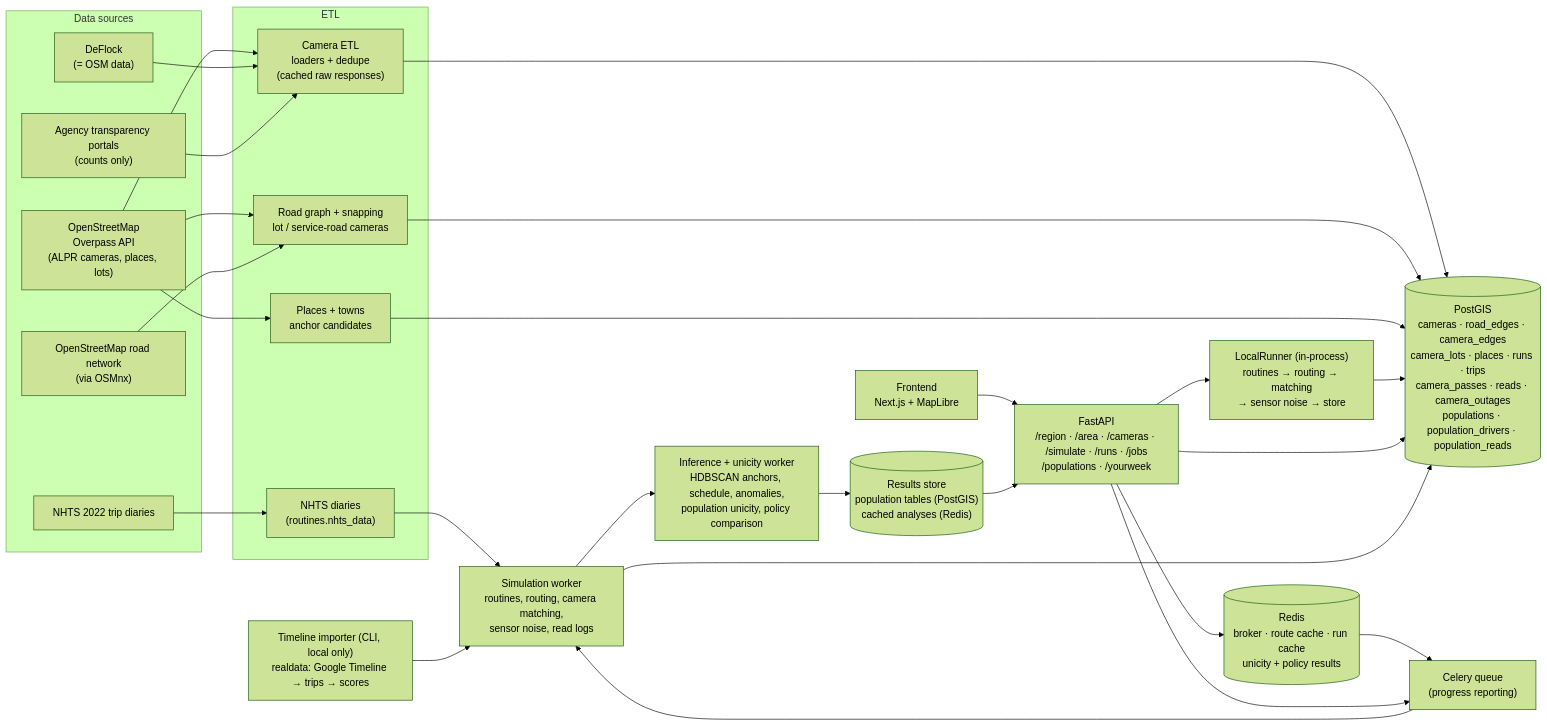
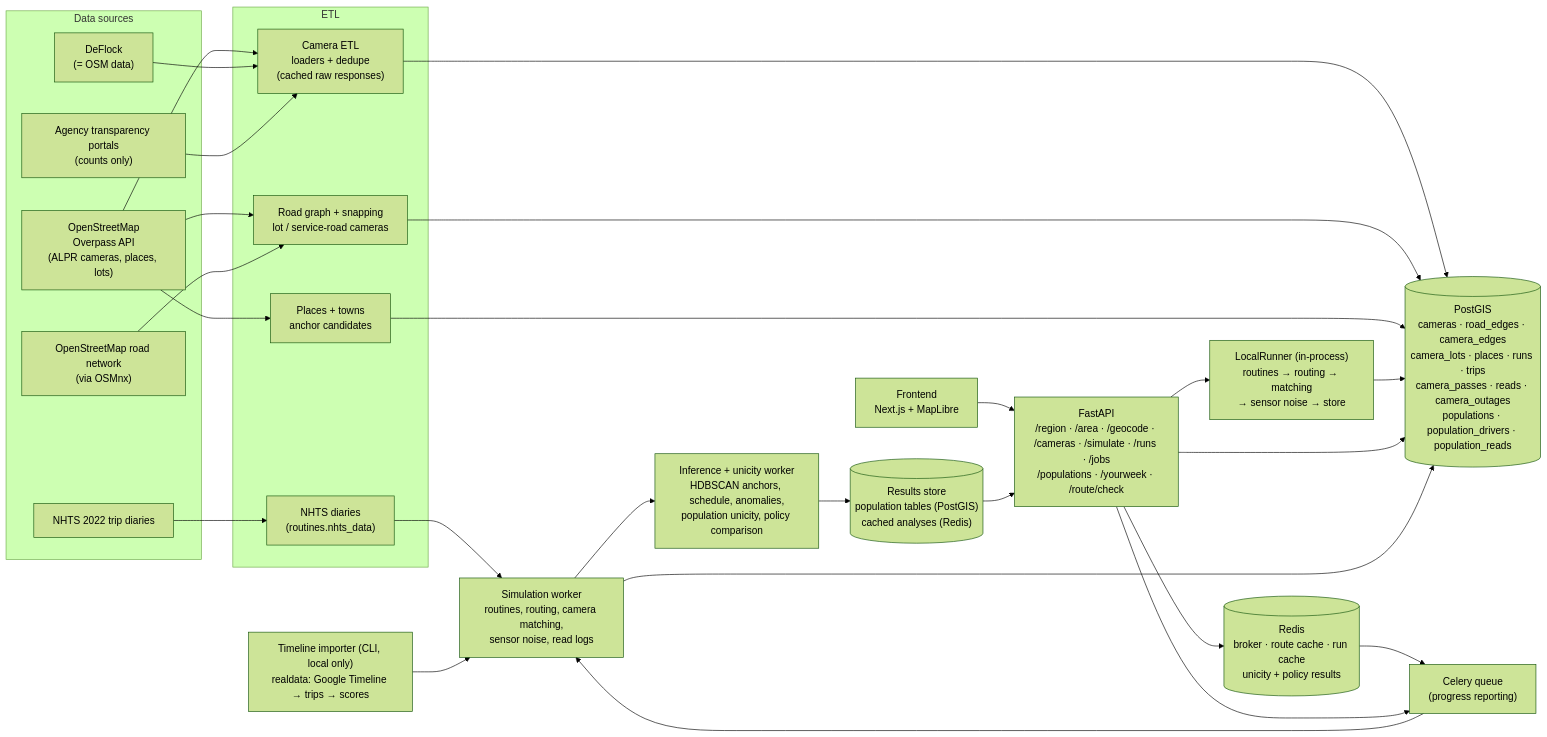
The diagram in docs/architecture.md (RyanPurakal/plate-trail), drawn with Mermaid (forest theme) before and after one commit. The commit also changed other lines of this file and 21 other files, not shown here.

````diff
--- a/docs/architecture.md
+++ b/docs/architecture.md
@@ -7,59 +7,59 @@
 ```mermaid
 flowchart LR
     %% ---------- sources ----------
     subgraph sources["Data sources"]
         OSM["OpenStreetMap<br/>Overpass API<br/>(ALPR cameras, places, lots)"]
         OSMNX["OpenStreetMap road network<br/>(via OSMnx)"]
         DEFLOCK["DeFlock<br/>(= OSM data)"]
         AGENCY["Agency transparency portals<br/>(counts only)"]
         NHTS["NHTS 2022 trip diaries"]
     end
 
     %% ---------- ETL ----------
     subgraph etl["ETL"]
         CAMETL["Camera ETL<br/>loaders + dedupe<br/>(cached raw responses)"]
         ROADS["Road graph + snapping<br/>lot / service-road cameras"]
         PLACES["Places + towns<br/>anchor candidates"]
         NHTSETL["NHTS diaries<br/>(routines.nhts_data)"]
     end
 
     DB[("PostGIS<br/>cameras · road_edges · camera_edges<br/>camera_lots · places · runs · trips<br/>camera_passes · reads · camera_outages<br/>populations · population_drivers · population_reads")]
 
     %% ---------- app ----------
     FE["Frontend<br/>Next.js + MapLibre"]
-    API["FastAPI<br/>/region · /area · /cameras · /simulate · /runs · /jobs<br/>/populations · /yourweek"]
+    API["FastAPI<br/>/region · /area · /geocode · /cameras · /simulate · /runs · /jobs<br/>/populations · /yourweek · /route/check"]
     LOCAL["LocalRunner (in-process)<br/>routines → routing → matching<br/>→ sensor noise → store"]
     REDIS[("Redis<br/>broker · route cache · run cache<br/>unicity + policy results")]
     QUEUE["Celery queue<br/>(progress reporting)"]
     SIMW["Simulation worker<br/>routines, routing, camera matching,<br/>sensor noise, read logs"]
     INFW["Inference + unicity worker<br/>HDBSCAN anchors, schedule, anomalies,<br/>population unicity, policy comparison"]
     RESULTS[("Results store<br/>population tables (PostGIS)<br/>cached analyses (Redis)")]
     TIMELINE["Timeline importer (CLI, local only)<br/>realdata: Google Timeline → trips → scores"]
 
     OSM --> CAMETL
     OSM --> PLACES
     OSM --> ROADS
     OSMNX --> ROADS
     DEFLOCK --> CAMETL
     AGENCY --> CAMETL
     NHTS --> NHTSETL
     CAMETL --> DB
     ROADS --> DB
     PLACES --> DB
     NHTSETL --> SIMW
 
     FE --> API
     API --> LOCAL
     LOCAL --> DB
     API --> DB
 
     API --> REDIS
     REDIS --> QUEUE
     API --> QUEUE
     QUEUE --> SIMW
     SIMW --> INFW
     SIMW --> DB
     INFW --> RESULTS
     RESULTS --> API
     TIMELINE --> SIMW
 ```
````
